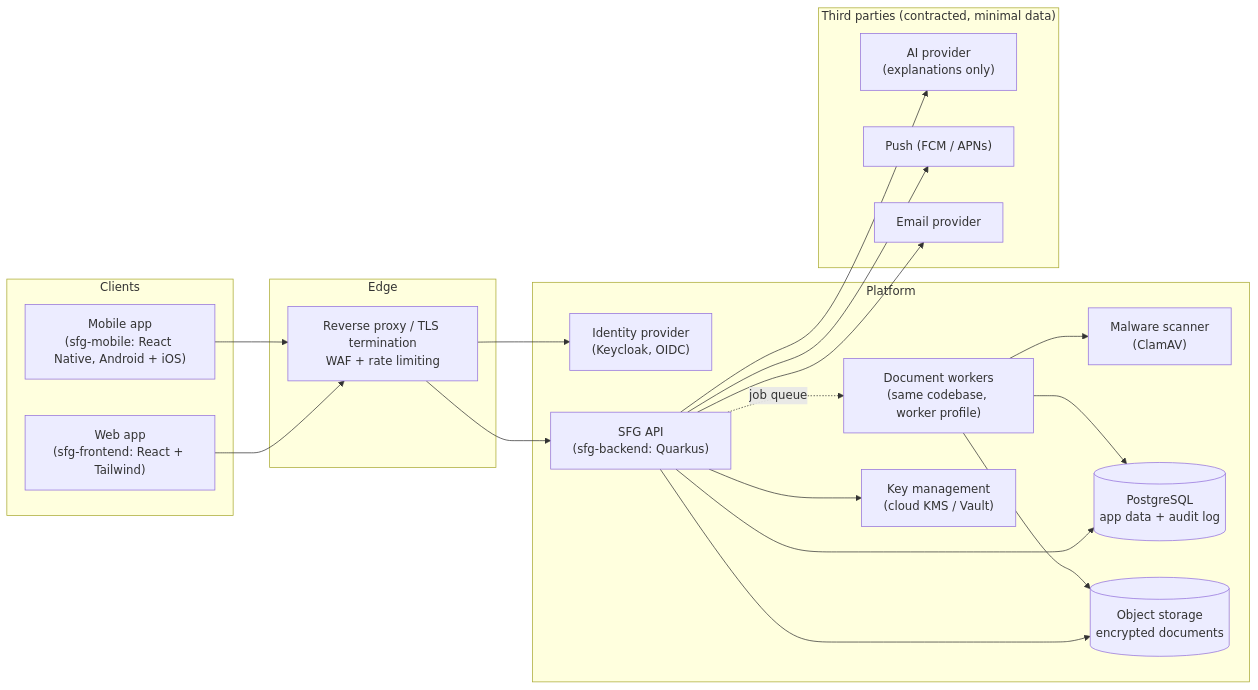
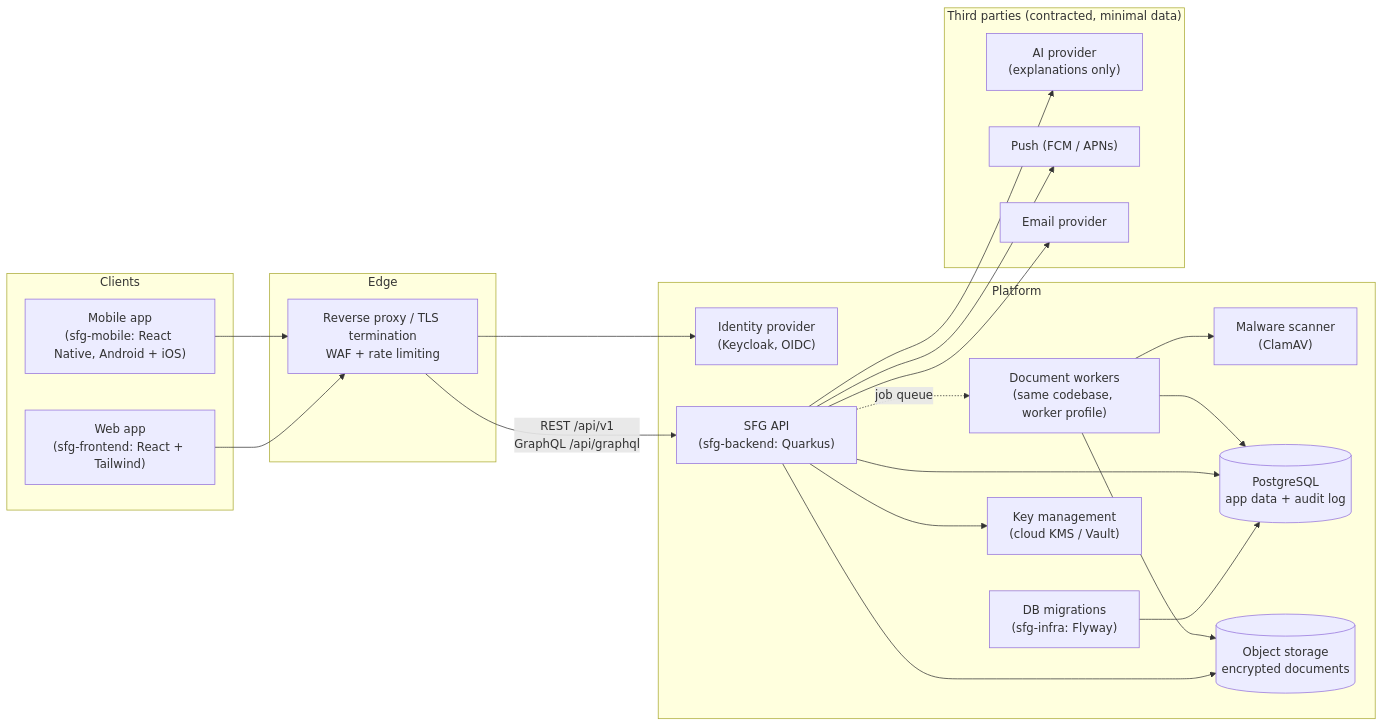
One commit to sdebie/sfg-parent changed the first of 5 diagrams in docs/high-level-design.md. Above: the diagram before and after it, drawn with Mermaid. The commit also changed other lines of this file and 1 other file, not shown here.

First line of the commit message:
Update HLD for REST + GraphQL, sfg-infra and Docker Hub CI

````diff
--- a/docs/high-level-design.md
+++ b/docs/high-level-design.md
@@ -65,42 +65,44 @@
 ```mermaid
 flowchart LR
   subgraph Clients
     WEB["Web app<br/>(sfg-frontend: React + Tailwind)"]
     MOB["Mobile app<br/>(sfg-mobile: React Native, Android + iOS)"]
   end
 
   subgraph Edge
     RP["Reverse proxy / TLS termination<br/>WAF + rate limiting"]
   end
 
   subgraph Platform
+    MIG["DB migrations<br/>(sfg-infra: Flyway)"]
     IDP["Identity provider<br/>(Keycloak, OIDC)"]
     API["SFG API<br/>(sfg-backend: Quarkus)"]
     WRK["Document workers<br/>(same codebase, worker profile)"]
     AV["Malware scanner<br/>(ClamAV)"]
     DB[("PostgreSQL<br/>app data + audit log")]
     OBJ[("Object storage<br/>encrypted documents")]
     KMS["Key management<br/>(cloud KMS / Vault)"]
   end
 
   subgraph External["Third parties (contracted, minimal data)"]
     LLM["AI provider<br/>(explanations only)"]
     PUSH["Push (FCM / APNs)"]
     MAIL["Email provider"]
   end
 
   WEB --> RP
   MOB --> RP
-  RP --> API
+  RP -- "REST /api/v1<br/>GraphQL /api/graphql" --> API
   RP --> IDP
+  MIG --> DB
   API --> DB
   API --> OBJ
   API --> KMS
   API -. job queue .-> WRK
   WRK --> AV
   WRK --> OBJ
   WRK --> DB
   API --> LLM
   API --> PUSH
   API --> MAIL
 ```
````
